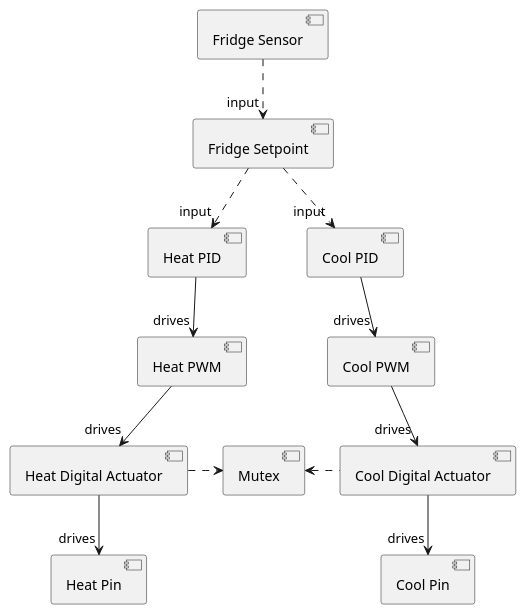
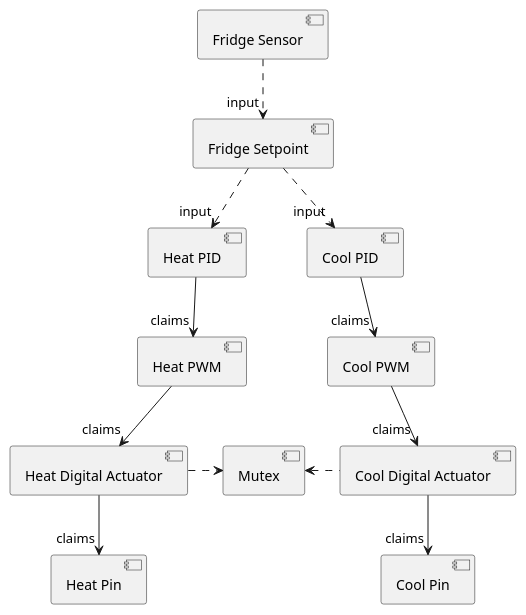
Before and after one commit to BrewBlox/brewblox-documentation: the second of 7 diagrams in docs/user/control_chains.md, drawn with PlantUML. The commit also changed other lines of this file and 1 other file, not shown here.

Commit message:
add fast pwm / soft start changes to release notes

````diff
--- a/docs/user/control_chains.md
+++ b/docs/user/control_chains.md
@@ -65,33 +65,33 @@
 ```plantuml
 @startuml Fridge Control Chain
 component heat_PID as "Heat PID"
 component heat_PWM as "Heat PWM"
 component heat_Digital as "Heat Digital Actuator"
 component heat_Pin as "Heat Pin"
 
 component cool_PID as "Cool PID"
 component cool_PWM as "Cool PWM"
 component cool_Digital as "Cool Digital Actuator"
 component cool_Pin as "Cool Pin"
 
 component fridge_SSP as "Fridge Setpoint"
 component fridge_Sensor as "Fridge Sensor"
 
 component Mutex
 
 fridge_Sensor .down.> "input" fridge_SSP
 fridge_SSP .down.> "input" heat_PID
 fridge_SSP .down.> "input" cool_PID
 
-heat_PID -down-> "drives" heat_PWM
-heat_PWM -down-> "drives" heat_Digital
-heat_Digital -down-> "drives" heat_Pin
+heat_PID -down-> "claims" heat_PWM
+heat_PWM -down-> "claims" heat_Digital
+heat_Digital -down-> "claims" heat_Pin
 heat_Digital .right.> Mutex
 
-cool_PID -down-> "drives" cool_PWM
-cool_PWM -down-> "drives" cool_Digital
-cool_Digital -down-> "drives" cool_Pin
+cool_PID -down-> "claims" cool_PWM
+cool_PWM -down-> "claims" cool_Digital
+cool_Digital -down-> "claims" cool_Pin
 cool_Digital .left.> Mutex
 
 @enduml
 ```
````
